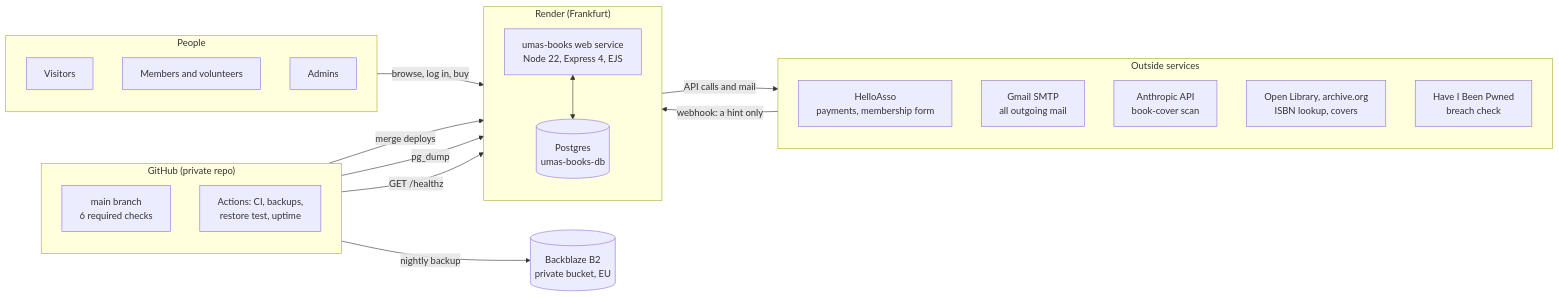
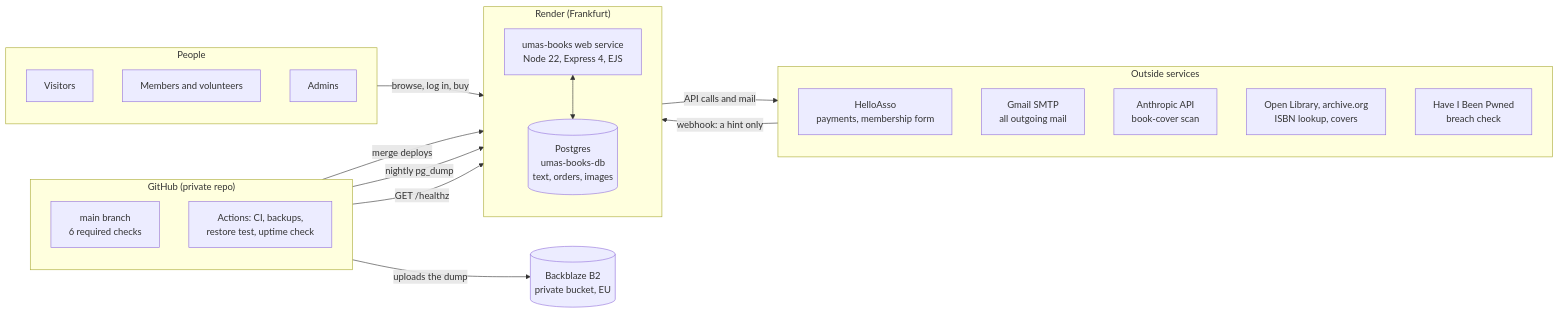
One commit to umasbooksadmin/umasbookswebsite changed the first of 12 diagrams in docs/architecture.md. Above: the diagram before and after it, drawn with Mermaid. The commit also changed other lines of this file, not shown here.

First line of the commit message:
Bring docs/architecture.md up to date

````diff
--- a/docs/architecture.md
+++ b/docs/architecture.md
@@ -39,41 +38,41 @@
 ```mermaid
 flowchart LR
   subgraph People
     direction TB
     V[Visitors]
     M[Members and volunteers]
     A[Admins]
   end
 
   subgraph Render["Render (Frankfurt)"]
     direction TB
     W["umas-books web service<br/>Node 22, Express 4, EJS"]
-    DB[("Postgres<br/>umas-books-db")]
+    DB[("Postgres<br/>umas-books-db<br/>text, orders, images")]
     W <--> DB
   end
 
   subgraph External["Outside services"]
     direction TB
     HA["HelloAsso<br/>payments, membership form"]
     GM["Gmail SMTP<br/>all outgoing mail"]
     AN["Anthropic API<br/>book-cover scan"]
     OL["Open Library, archive.org<br/>ISBN lookup, covers"]
     PW["Have I Been Pwned<br/>breach check"]
   end
 
   subgraph GitHub["GitHub (private repo)"]
     direction TB
     REPO["main branch<br/>6 required checks"]
-    ACT["Actions: CI, backups,<br/>restore test, uptime"]
+    ACT["Actions: CI, backups,<br/>restore test, uptime check"]
   end
 
   OFF[("Backblaze B2<br/>private bucket, EU")]
 
   People -->|"browse, log in, buy"| W
   W -->|"API calls and mail"| External
   HA -->|"webhook: a hint only"| W
   REPO -->|"merge deploys"| W
-  ACT -->|"pg_dump"| DB
+  ACT -->|"nightly pg_dump"| DB
   ACT -->|"GET /healthz"| W
-  ACT -->|"nightly backup"| OFF
+  ACT -->|"uploads the dump"| OFF
 ```
````
